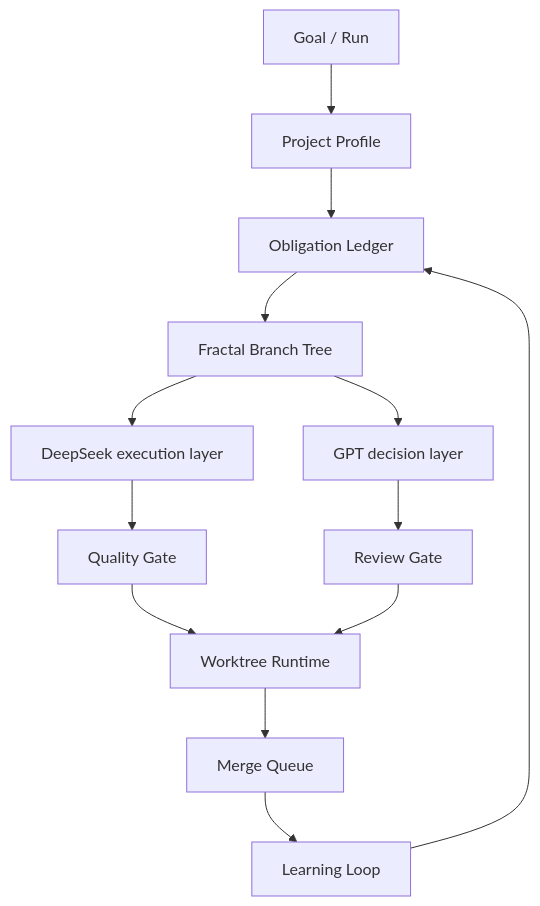
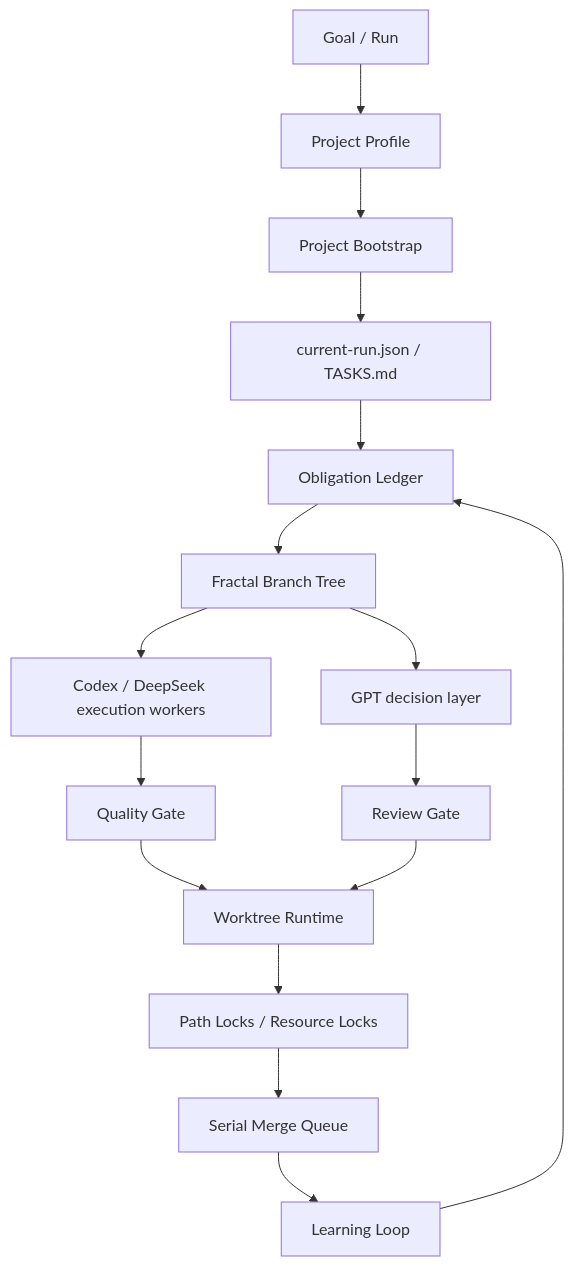
The diagram in media/architecture.mmd (CS-Samuel-hamo/fractal-agent-governance), drawn with Mermaid before and after one commit. The commit also changed 238 other files, not shown here.

```diff
--- a/media/architecture.mmd
+++ b/media/architecture.mmd
@@ -1,13 +1,16 @@
 flowchart TD
   Goal["Goal / Run"] --> Profile["Project Profile"]
-  Profile --> Ledger["Obligation Ledger"]
+  Profile --> Bootstrap["Project Bootstrap"]
+  Bootstrap --> TaskBoard["current-run.json / TASKS.md"]
+  TaskBoard --> Ledger["Obligation Ledger"]
   Ledger --> BranchTree["Fractal Branch Tree"]
-  BranchTree --> DeepSeek["DeepSeek execution layer"]
+  BranchTree --> Workers["Codex / DeepSeek execution workers"]
   BranchTree --> GPT["GPT decision layer"]
-  DeepSeek --> Quality["Quality Gate"]
+  Workers --> Quality["Quality Gate"]
   GPT --> Review["Review Gate"]
   Quality --> Worktree["Worktree Runtime"]
   Review --> Worktree
-  Worktree --> Queue["Merge Queue"]
+  Worktree --> Locks["Path Locks / Resource Locks"]
+  Locks --> Queue["Serial Merge Queue"]
   Queue --> Learning["Learning Loop"]
   Learning --> Ledger
```
